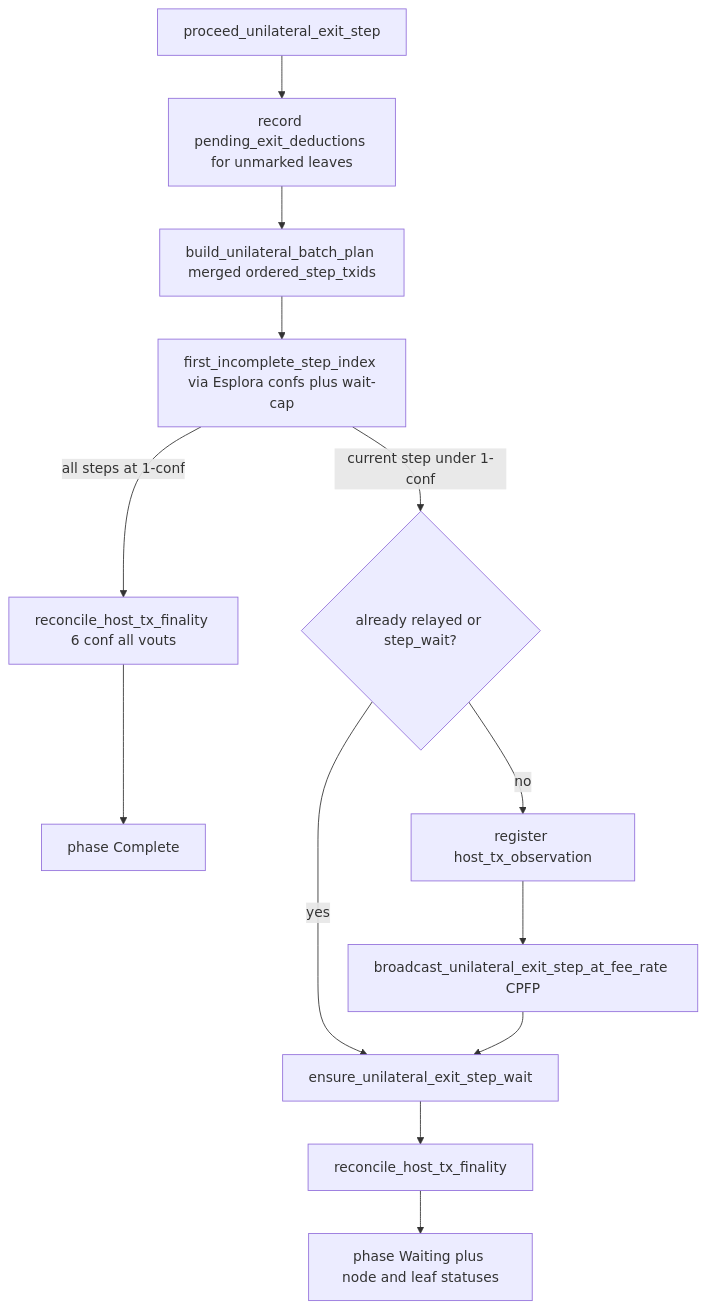
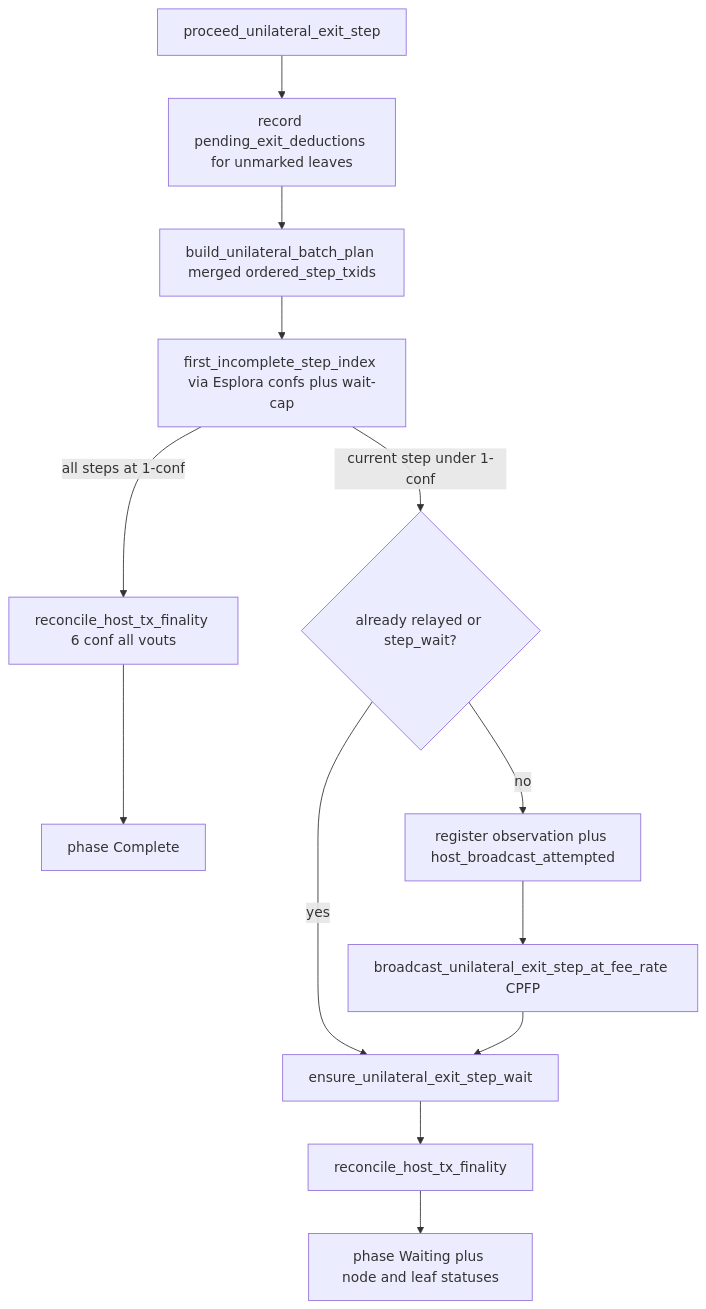
One commit to Radivis/bitboard-pwa-wallet changed the third of 3 diagrams in docs/unilateral-exit.md. Above: the diagram before and after it, drawn with Mermaid. The commit also changed other lines of this file and 16 other files, not shown here.

Commit message:
Documented why the VTXO progression from tagged to broadcast attempted works opportunistically and why the never seen cleanup is in place; exclude funding lost coins from collaborative spending paths

````diff
--- a/docs/unilateral-exit.md
+++ b/docs/unilateral-exit.md
@@ -260,16 +279,16 @@
 ```mermaid
 flowchart TD
   start[proceed_unilateral_exit_step]
   start --> pending[record pending_exit_deductions for unmarked leaves]
   pending --> plan[build_unilateral_batch_plan merged ordered_step_txids]
   plan --> idx[first_incomplete_step_index via Esplora confs plus wait-cap]
   idx -->|"all steps at 1-conf"| reconcile[reconcile_host_tx_finality 6 conf all vouts]
   reconcile --> done[phase Complete]
   idx -->|"current step under 1-conf"| relay{already relayed or step_wait?}
-  relay -->|no| register[register host_tx_observation]
+  relay -->|no| register[register observation plus host_broadcast_attempted]
   register --> bump[broadcast_unilateral_exit_step_at_fee_rate CPFP]
   relay -->|yes| waitRec[ensure_unilateral_exit_step_wait]
   bump --> waitRec
   waitRec --> reconcile2[reconcile_host_tx_finality]
   reconcile2 --> waiting[phase Waiting plus node and leaf statuses]
 ```
````
